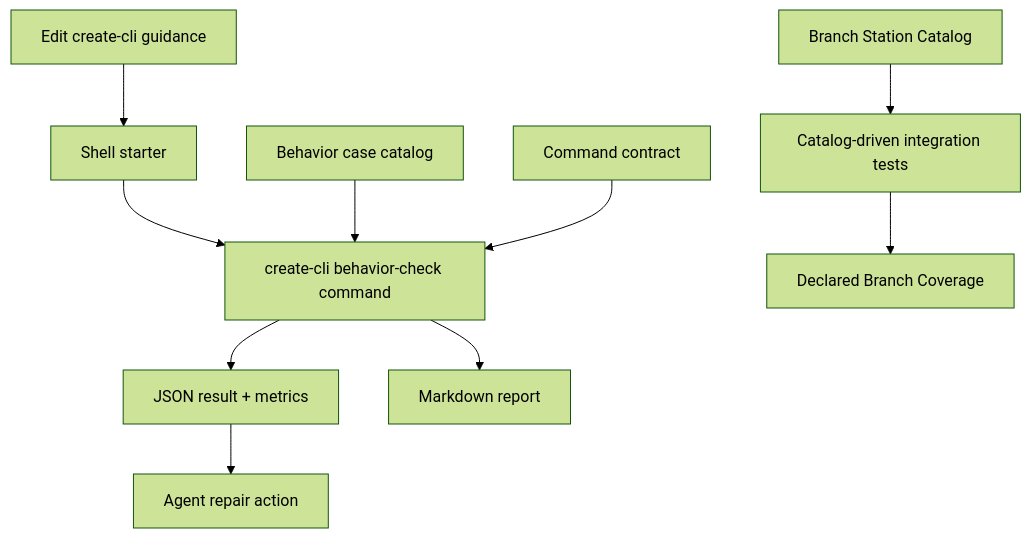
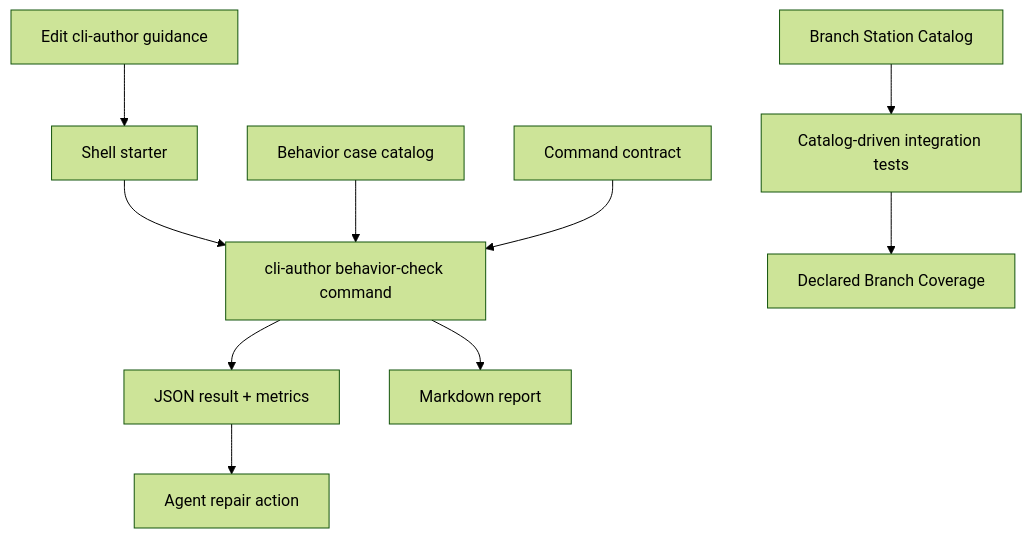
One commit to nathanvale/claude-code-config changed the diagram in docs/plans/2026-06-16-001-feat-create-cli-architecture-deepening-plan.md. Above: the diagram before and after it, drawn with Mermaid (forest theme). The commit also changed other lines of this file and 134 other files, not shown here.

First line of the commit message:
refactor(cli-author): rename CLI authoring skill

````diff
--- a/docs/plans/2026-06-16-001-feat-create-cli-architecture-deepening-plan.md
+++ b/docs/plans/2026-06-16-001-feat-create-cli-architecture-deepening-plan.md
@@ -102,12 +102,12 @@
 ```mermaid
 flowchart TB
-  Edit["Edit create-cli guidance"] --> Starter["Shell starter"]
-  Starter --> CLI["create-cli behavior-check command"]
+  Edit["Edit cli-author guidance"] --> Starter["Shell starter"]
+  Starter --> CLI["cli-author behavior-check command"]
   Catalog["Behavior case catalog"] --> CLI
   Contract["Command contract"] --> CLI
   Stations["Branch Station Catalog"] --> Tests["Catalog-driven integration tests"]
   CLI --> JSON["JSON result + metrics"]
   CLI --> Markdown["Markdown report"]
   Tests --> Map["Declared Branch Coverage"]
   JSON --> Repair["Agent repair action"]
 ```
````
